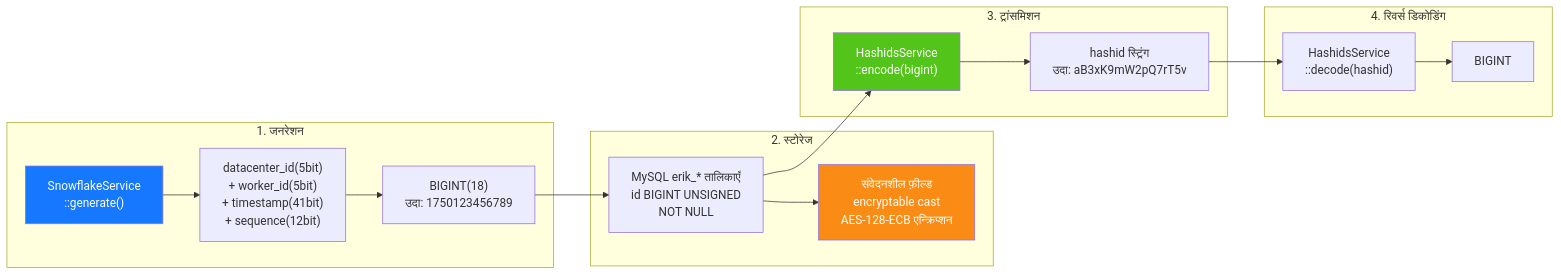
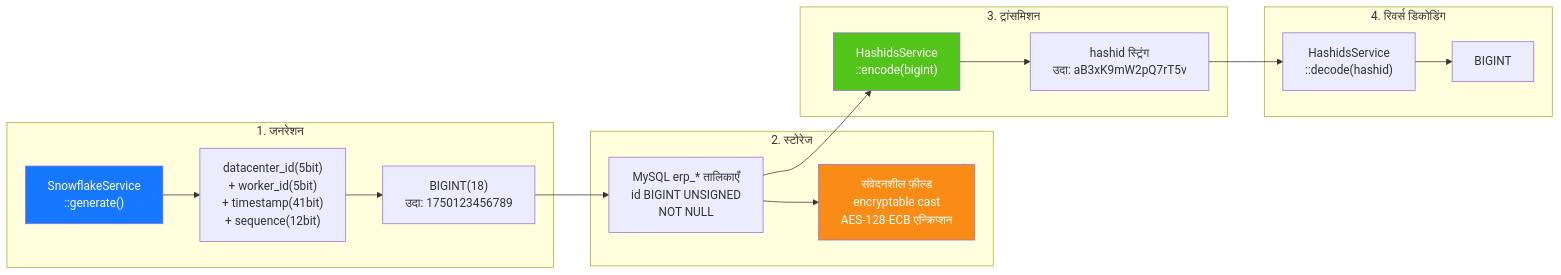
Before and after one commit to erikwang2013/erp-php: the seventh of 20 diagrams in docs/i18n/hi/ARCHITECTURE.md, drawn with Mermaid. The commit also changed other lines of this file and 449 other files, not shown here.

First line of the commit message:
全局命名统一：数据库 erp、表前缀 erp_、Redis 前缀 erp:（原 erik_/open_admin）

````diff
--- a/docs/i18n/hi/ARCHITECTURE.md
+++ b/docs/i18n/hi/ARCHITECTURE.md
@@ -373,33 +373,33 @@
 ```mermaid
 flowchart LR
     subgraph "1. जनरेशन"
         G1["SnowflakeService<br/>::generate()"]
         G2["datacenter_id(5bit)<br/>+ worker_id(5bit)<br/>+ timestamp(41bit)<br/>+ sequence(12bit)"]
         G3["BIGINT(18)<br/>उदा: 1750123456789"]
         G1 --> G2 --> G3
     end
 
     subgraph "2. स्टोरेज"
-        S1["MySQL erik_* तालिकाएँ<br/>id BIGINT UNSIGNED<br/>NOT NULL"]
+        S1["MySQL erp_* तालिकाएँ<br/>id BIGINT UNSIGNED<br/>NOT NULL"]
         S2["संवेदनशील फ़ील्ड<br/>encryptable cast<br/>AES-128-ECB एन्क्रिप्शन"]
         G3 --> S1
         S1 --> S2
     end
 
     subgraph "3. ट्रांसमिशन"
         T1["HashidsService<br/>::encode(bigint)"]
         T2["hashid स्ट्रिंग<br/>उदा: aB3xK9mW2pQ7rT5v"]
         S1 --> T1
         T1 --> T2
     end
 
     subgraph "4. रिवर्स डिकोडिंग"
         R1["HashidsService<br/>::decode(hashid)"]
         R2["BIGINT"]
         T2 --> R1 --> R2
     end
 
     style G1 fill:#1677FF,color:#fff
     style T1 fill:#52C41A,color:#fff
     style S2 fill:#FA8C16,color:#fff
 ```
````
